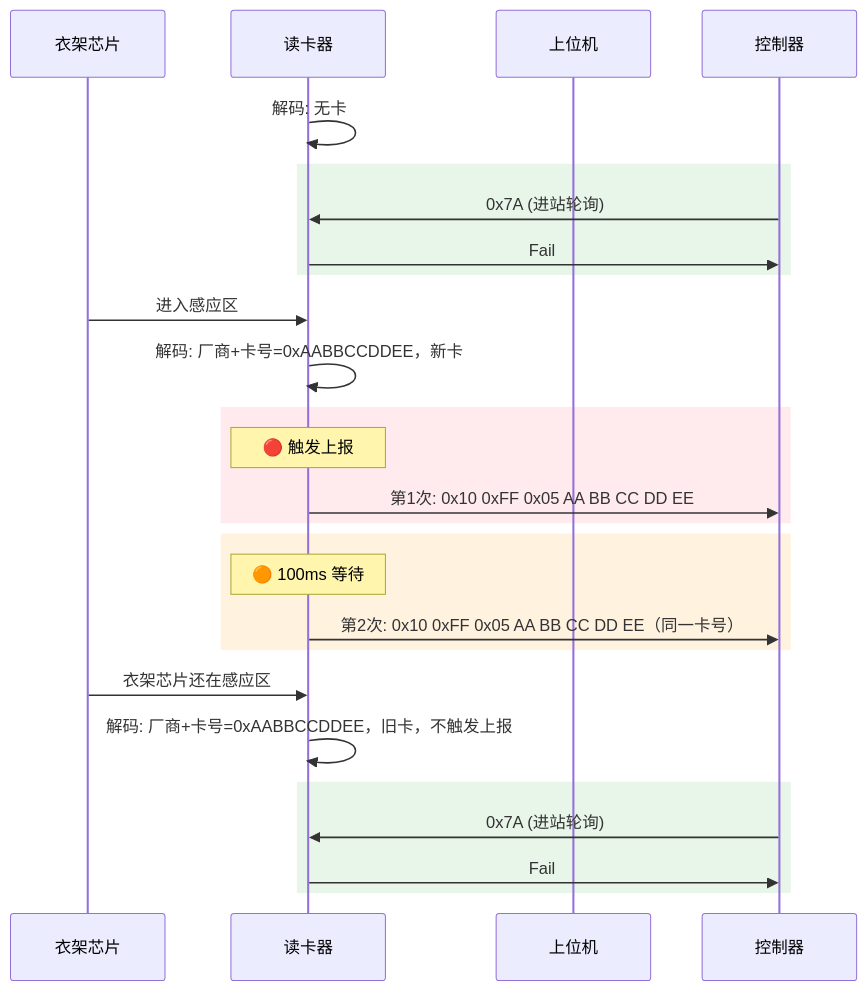
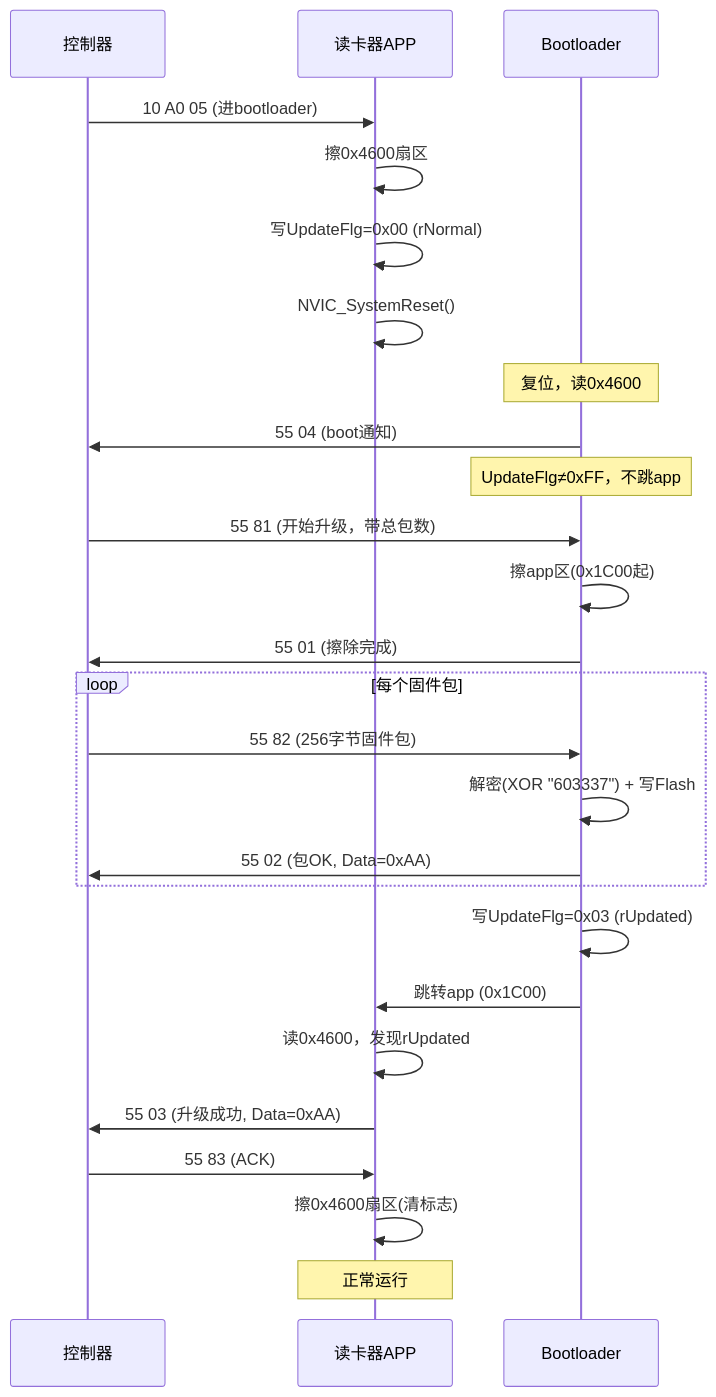
Before and after one commit to Siaiai/ObsidianNote: the first of 9 diagrams in 工作/[[SR3读卡器]]/260804SR3框架整理.md, drawn with Mermaid. The commit also changed other lines of this file, not shown here.

````diff
--- a/工作/[[SR3读卡器]]/260804SR3框架整理.md
+++ b/工作/[[SR3读卡器]]/260804SR3框架整理.md
@@ -111,34 +43,34 @@
 ```mermaid
 sequenceDiagram
-    participant 衣架芯片
-    participant 读卡器
-    participant 上位机
-    
-	读卡器->>读卡器: 解码: 无卡
-	
-    rect rgb(232, 245, 233)
-        控制器->>读卡器: 0x7A (进站轮询)
-        读卡器->>控制器: Fail
-    end
-    
-    衣架芯片->>读卡器: 进入感应区
-    读卡器->>读卡器: 解码: 厂商+卡号=0xAABBCCDDEE，新卡
+    participant 控制器
+    participant 读卡器APP
+    participant Bootloader
 
-    rect rgb(255, 235, 238)
-        Note over 读卡器: 🔴 触发上报
-        读卡器->>控制器: 第1次: 0x10 0xFF 0x05 AA BB CC DD EE
+    控制器->>读卡器APP: 10 A0 05 (进bootloader)
+    读卡器APP->>读卡器APP: 擦0x4600扇区
+    读卡器APP->>读卡器APP: 写UpdateFlg=0x00 (rNormal)
+    读卡器APP->>读卡器APP: NVIC_SystemReset()
+
+    Note over Bootloader: 复位，读0x4600
+    Bootloader->>控制器: 55 04 (boot通知)
+    Note over Bootloader: UpdateFlg≠0xFF，不跳app
+
+    控制器->>Bootloader: 55 81 (开始升级，带总包数)
+    Bootloader->>Bootloader: 擦app区(0x1C00起)
+    Bootloader->>控制器: 55 01 (擦除完成)
+
+    loop 每个固件包
+        控制器->>Bootloader: 55 82 (256字节固件包)
+        Bootloader->>Bootloader: 解密(XOR "603337") + 写Flash
+        Bootloader->>控制器: 55 02 (包OK, Data=0xAA)
     end
 
-    rect rgb(255, 243, 224)
-        Note over 读卡器: 🟠 100ms 等待
-        读卡器->>控制器: 第2次: 0x10 0xFF 0x05 AA BB CC DD EE（同一卡号）
-    end
+    Bootloader->>Bootloader: 写UpdateFlg=0x03 (rUpdated)
+    Bootloader->>读卡器APP: 跳转app (0x1C00)
 
-    衣架芯片->>读卡器: 衣架芯片还在感应区
-    读卡器->>读卡器: 解码: 厂商+卡号=0xAABBCCDDEE，旧卡，不触发上报
-    
-    rect rgb(232, 245, 233)
-        控制器->>读卡器: 0x7A (进站轮询)
-        读卡器->>控制器: Fail
-    end
+    读卡器APP->>读卡器APP: 读0x4600，发现rUpdated
+    读卡器APP->>控制器: 55 03 (升级成功, Data=0xAA)
+    控制器->>读卡器APP: 55 83 (ACK)
+    读卡器APP->>读卡器APP: 擦0x4600扇区(清标志)
+    Note over 读卡器APP: 正常运行
 ```
````
